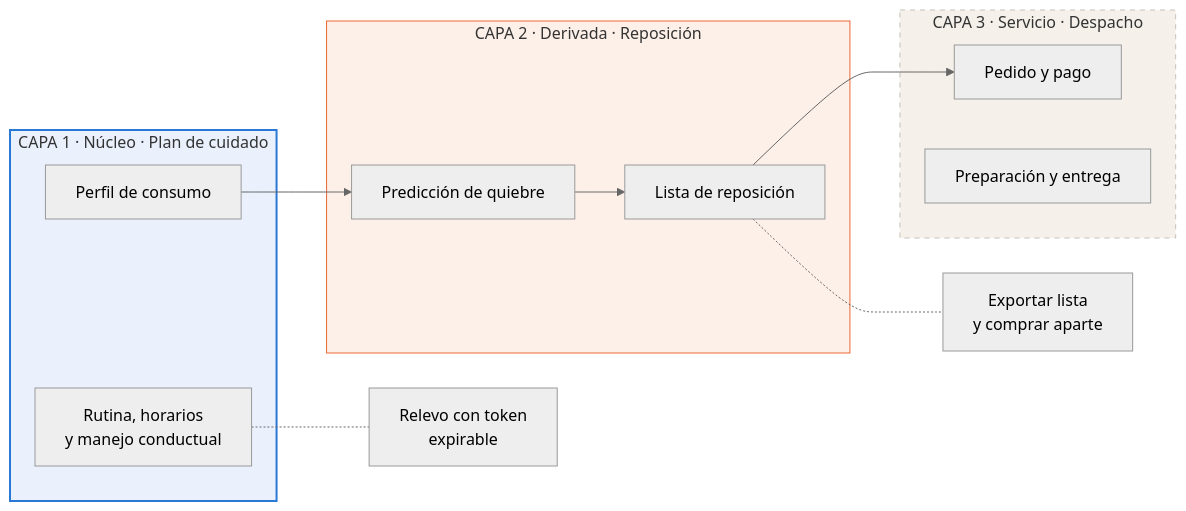
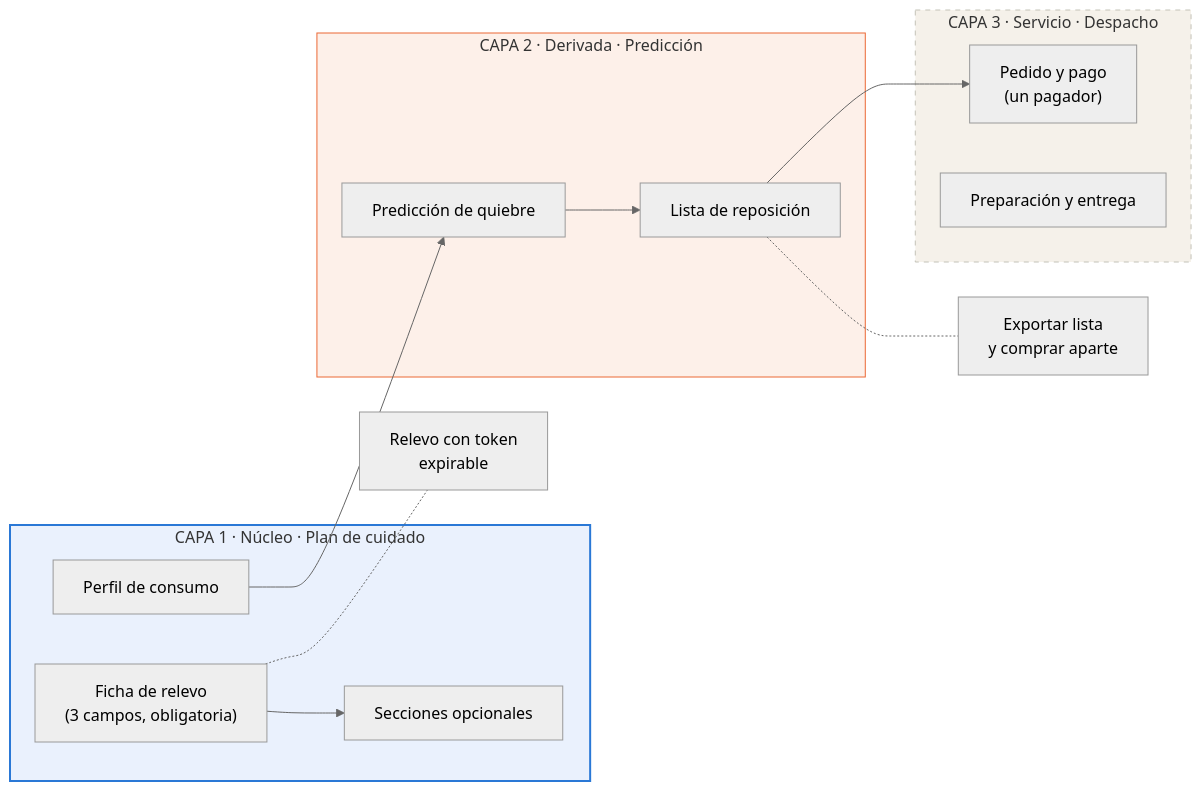
One commit to MartinHenriquez131/MATU changed the first of 11 diagrams in Docs/arquitectura.md. Above: the diagram before and after it, drawn with Mermaid (neutral theme). The commit also changed other lines of this file, not shown here.

````diff
--- a/Docs/arquitectura.md
+++ b/Docs/arquitectura.md
@@ -199,24 +220,26 @@
 ```mermaid
 graph LR
     subgraph C1["CAPA 1 · Núcleo · Plan de cuidado"]
-        A1["Rutina, horarios<br/>y manejo conductual"]
+        A1["Ficha de relevo<br/>(3 campos, obligatoria)"]
+        A2["Secciones opcionales"]
         A5["Perfil de consumo"]
     end
-    subgraph C2["CAPA 2 · Derivada · Reposición"]
+    subgraph C2["CAPA 2 · Derivada · Predicción"]
         B1["Predicción de quiebre"]
         B2["Lista de reposición"]
     end
     subgraph C3["CAPA 3 · Servicio · Despacho"]
-        D1["Pedido y pago"]
+        D1["Pedido y pago<br/>(un pagador)"]
         D2["Preparación y entrega"]
     end
+    A1 --> A2
     A5 --> B1
     B1 --> B2
     B2 --> D1
     A1 -.- R["Relevo con token<br/>expirable"]
     B2 -.- E["Exportar lista<br/>y comprar aparte"]
 
     style C1 fill:#eaf1fd,stroke:#2a78d6,stroke-width:2px
     style C2 fill:#fdf0e9,stroke:#eb6834
     style C3 fill:#f5f1ea,stroke:#c3c2b7,stroke-dasharray: 5 5
 ```
````
